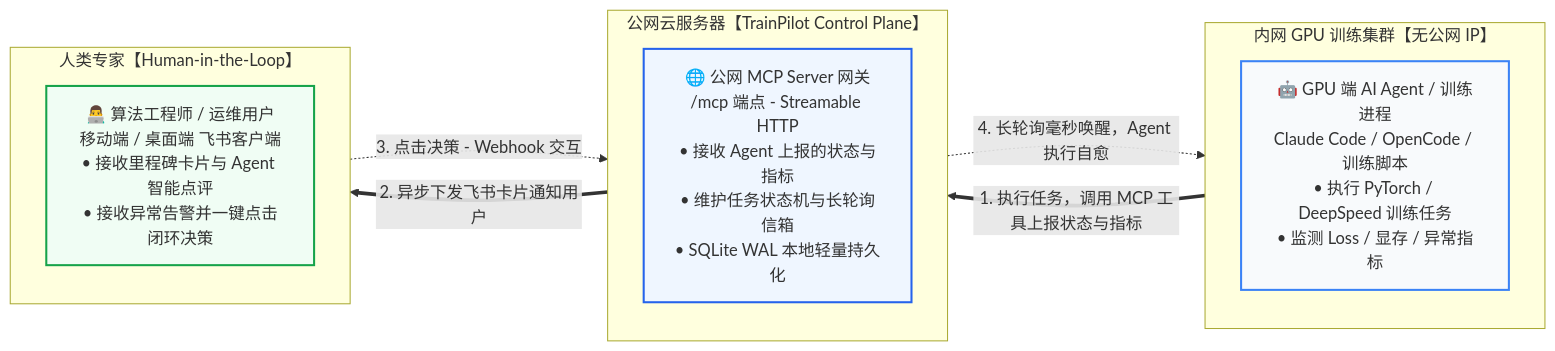
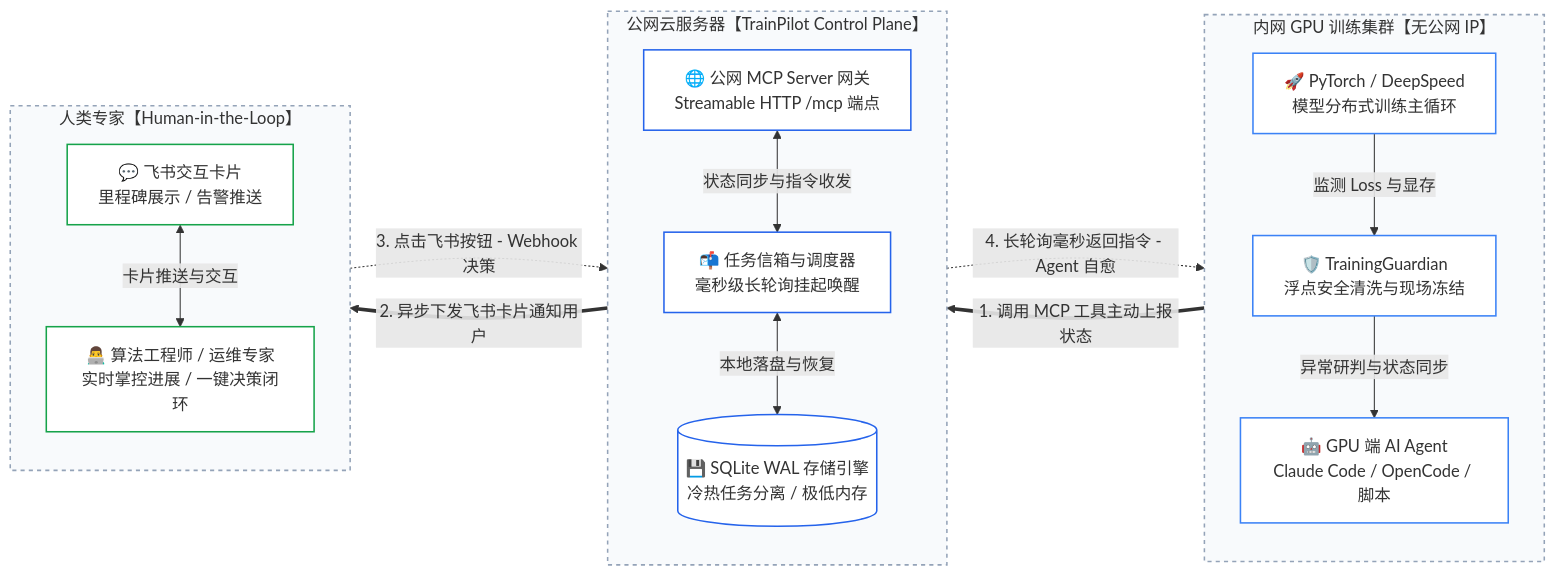
Before and after one commit to Long-Holiday/TrainPilot: the first of 2 diagrams in README.md, drawn with Mermaid.

Commit message:
docs: 细化拆分网络拓扑架构图模块结构，避免内容堆叠拥挤

````diff
--- a/README.md
+++ b/README.md
@@ -36,28 +36,44 @@
 ```mermaid
 flowchart LR
     %% 样式定义
-    classDef gpuCluster fill:#F8FAFC,stroke:#3B82F6,stroke-width:2px;
-    classDef serverStyle fill:#EFF6FF,stroke:#2563EB,stroke-width:2px;
-    classDef userStyle fill:#F0FDF4,stroke:#16A34A,stroke-width:2px;
+    classDef compStyle fill:#FFFFFF,stroke:#3B82F6,stroke-width:1.5px;
+    classDef serverCompStyle fill:#FFFFFF,stroke:#2563EB,stroke-width:1.5px;
+    classDef userCompStyle fill:#FFFFFF,stroke:#16A34A,stroke-width:1.5px;
+    classDef subStyle fill:#F8FAFC,stroke:#94A3B8,stroke-width:1.5px,stroke-dasharray: 4 4;
 
     subgraph GPU_Side["内网 GPU 训练集群【无公网 IP】"]
         direction TB
-        Agent["🤖 GPU 端 AI Agent / 训练进程<br/>Claude Code / OpenCode / 训练脚本<br/>• 执行 PyTorch / DeepSpeed 训练任务<br/>• 监测 Loss / 显存 / 异常指标"]:::gpuCluster
+        TrainingJob["🚀 PyTorch / DeepSpeed<br/>模型分布式训练主循环"]:::compStyle
+        Guardian["🛡️ TrainingGuardian<br/>浮点安全清洗与现场冻结"]:::compStyle
+        GPUAgent["🤖 GPU 端 AI Agent<br/>Claude Code / OpenCode / 脚本"]:::compStyle
+
+        TrainingJob -->|"监测 Loss 与显存"| Guardian
+        Guardian -->|"异常研判与状态同步"| GPUAgent
     end
 
     subgraph Control_Plane["公网云服务器【TrainPilot Control Plane】"]
         direction TB
-        MCPServer["🌐 公网 MCP Server 网关<br/>/mcp 端点 - Streamable HTTP<br/>• 接收 Agent 上报的状态与指标<br/>• 维护任务状态机与长轮询信箱<br/>• SQLite WAL 本地轻量持久化"]:::serverStyle
+        MCPServer["🌐 公网 MCP Server 网关<br/>Streamable HTTP /mcp 端点"]:::serverCompStyle
+        Mailbox["📬 任务信箱与调度器<br/>毫秒级长轮询挂起唤醒"]:::serverCompStyle
+        Storage[("💾 SQLite WAL 存储引擎<br/>冷热任务分离 / 极低内存")]:::serverCompStyle
+
+        MCPServer <-->|"状态同步与指令收发"| Mailbox
+        Mailbox <-->|"本地落盘与恢复"| Storage
     end
 
     subgraph User_Side["人类专家【Human-in-the-Loop】"]
         direction TB
-        FeishuUser["👨‍💻 算法工程师 / 运维用户<br/>移动端 / 桌面端 飞书客户端<br/>• 接收里程碑卡片与 Agent 智能点评<br/>• 接收异常告警并一键点击闭环决策"]:::userStyle
+        FeishuCard["💬 飞书交互卡片<br/>里程碑展示 / 告警推送"]:::userCompStyle
+        Human["👨‍💻 算法工程师 / 运维专家<br/>实时掌控进展 / 一键决策闭环"]:::userCompStyle
+
+        FeishuCard <-->|"卡片推送与交互"| Human
     end
 
-    %% 核心数据流
-    Agent ==> |"1. 执行任务，调用 MCP 工具上报状态与指标"| MCPServer
-    MCPServer ==> |"2. 异步下发飞书卡片通知用户"| FeishuUser
-    FeishuUser -.-> |"3. 点击决策 - Webhook 交互"| MCPServer
-    MCPServer -.-> |"4. 长轮询毫秒唤醒，Agent 执行自愈"| Agent
+    %% 跨端通信数据流
+    GPUAgent ==> |"1. 调用 MCP 工具主动上报状态"| MCPServer
+    MCPServer ==> |"2. 异步下发飞书卡片通知用户"| FeishuCard
+    Human -.-> |"3. 点击飞书按钮 - Webhook 决策"| MCPServer
+    Mailbox -.-> |"4. 长轮询毫秒返回指令 - Agent 自愈"| GPUAgent
+
+    class GPU_Side,Control_Plane,User_Side subStyle;
 ```
````
